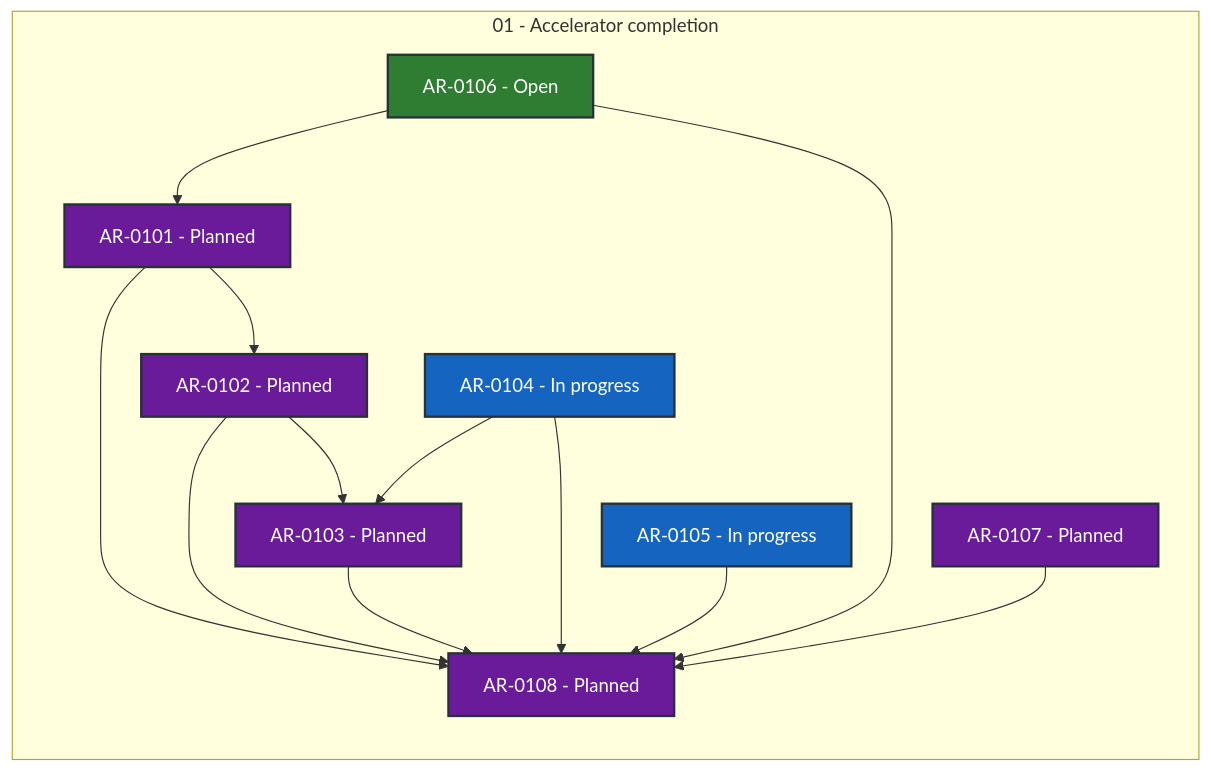
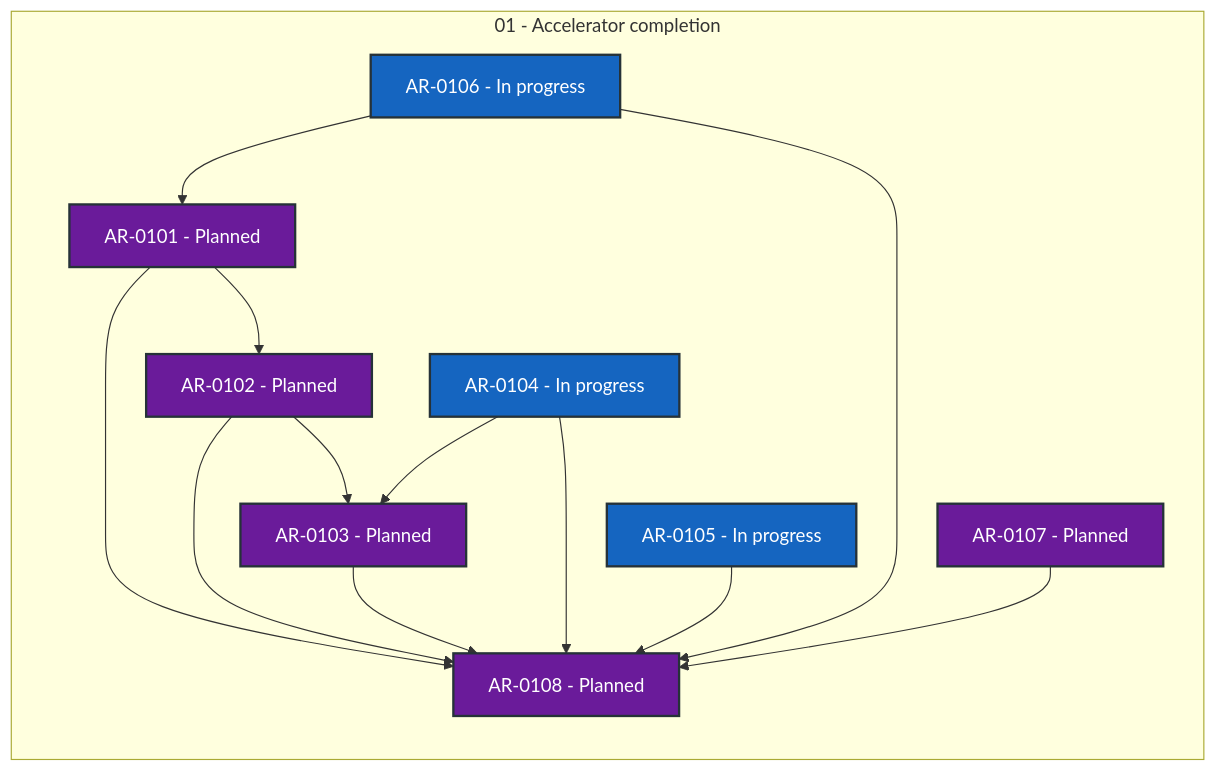
One commit to locutus3009/exgame changed the diagram in coordination/STATUS.md. Above: the diagram before and after it, drawn with Mermaid. The commit also changed other lines of this file and 2 other files, not shown here.

````diff
--- a/coordination/STATUS.md
+++ b/coordination/STATUS.md
@@ -28,34 +28,34 @@
 ```mermaid
 flowchart LR
     subgraph series_01["01 - Accelerator completion"]
         direction TB
         AR_0101["AR-0101 - Planned"]:::status_planned
         AR_0102["AR-0102 - Planned"]:::status_planned
         AR_0103["AR-0103 - Planned"]:::status_planned
         AR_0104["AR-0104 - In progress"]:::status_in_progress
         AR_0105["AR-0105 - In progress"]:::status_in_progress
-        AR_0106["AR-0106 - Open"]:::status_open
+        AR_0106["AR-0106 - In progress"]:::status_in_progress
         AR_0107["AR-0107 - Planned"]:::status_planned
         AR_0108["AR-0108 - Planned"]:::status_planned
     end
     AR_0101 --> AR_0102
     AR_0101 --> AR_0108
     AR_0102 --> AR_0103
     AR_0102 --> AR_0108
     AR_0103 --> AR_0108
     AR_0104 --> AR_0103
     AR_0104 --> AR_0108
     AR_0105 --> AR_0108
     AR_0106 --> AR_0101
     AR_0106 --> AR_0108
     AR_0107 --> AR_0108
     classDef status_in_progress fill:#1565c0,color:#ffffff,stroke:#263238,stroke-width:2px
     classDef status_in_review fill:#ad1457,color:#ffffff,stroke:#263238,stroke-width:2px
     classDef status_open fill:#2e7d32,color:#ffffff,stroke:#263238,stroke-width:2px
     classDef status_blocked fill:#c62828,color:#ffffff,stroke:#263238,stroke-width:2px
     classDef status_planned fill:#6a1b9a,color:#ffffff,stroke:#263238,stroke-width:2px
     classDef status_future fill:#455a64,color:#ffffff,stroke:#263238,stroke-width:2px
     classDef status_done fill:#00695c,color:#ffffff,stroke:#263238,stroke-width:2px
     classDef status_cancelled fill:#616161,color:#ffffff,stroke:#263238,stroke-width:2px
     classDef status_superseded fill:#5d4037,color:#ffffff,stroke:#263238,stroke-width:2px
 ```
````
